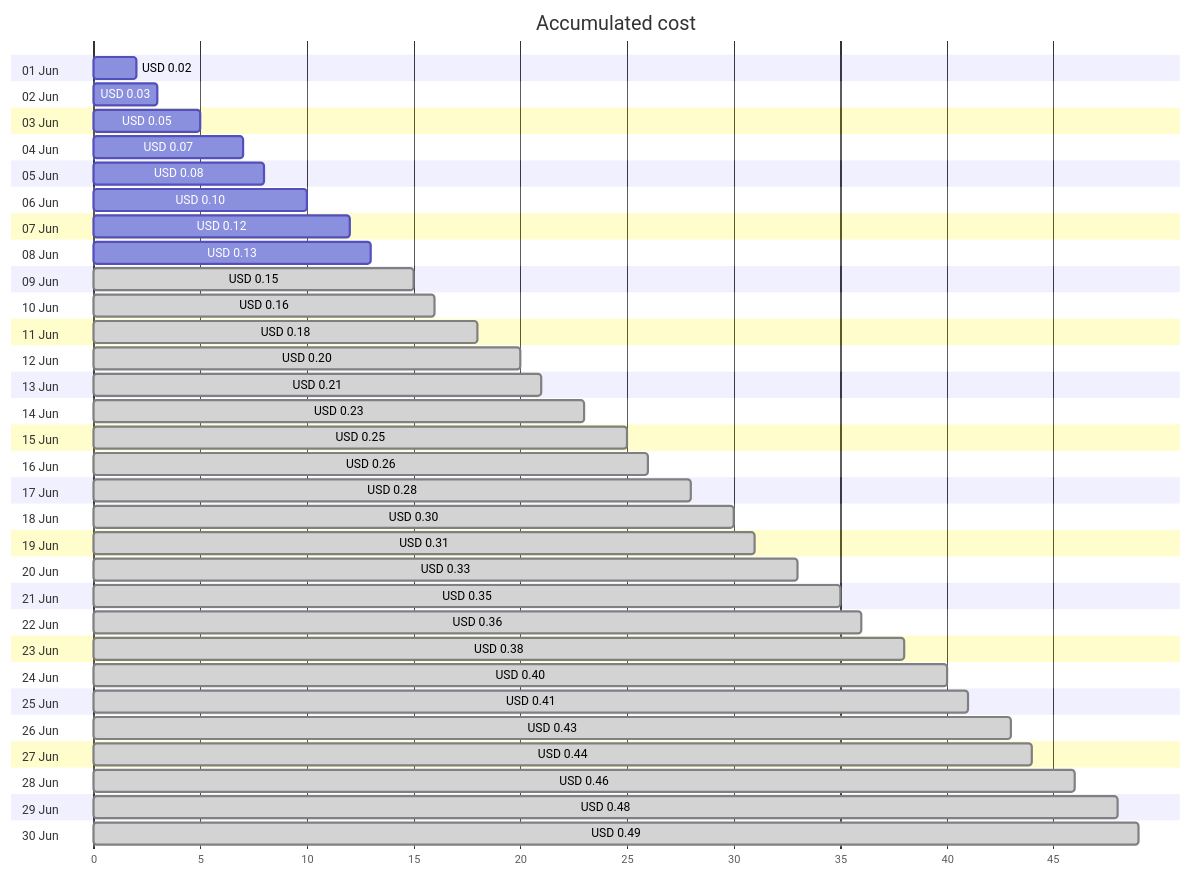
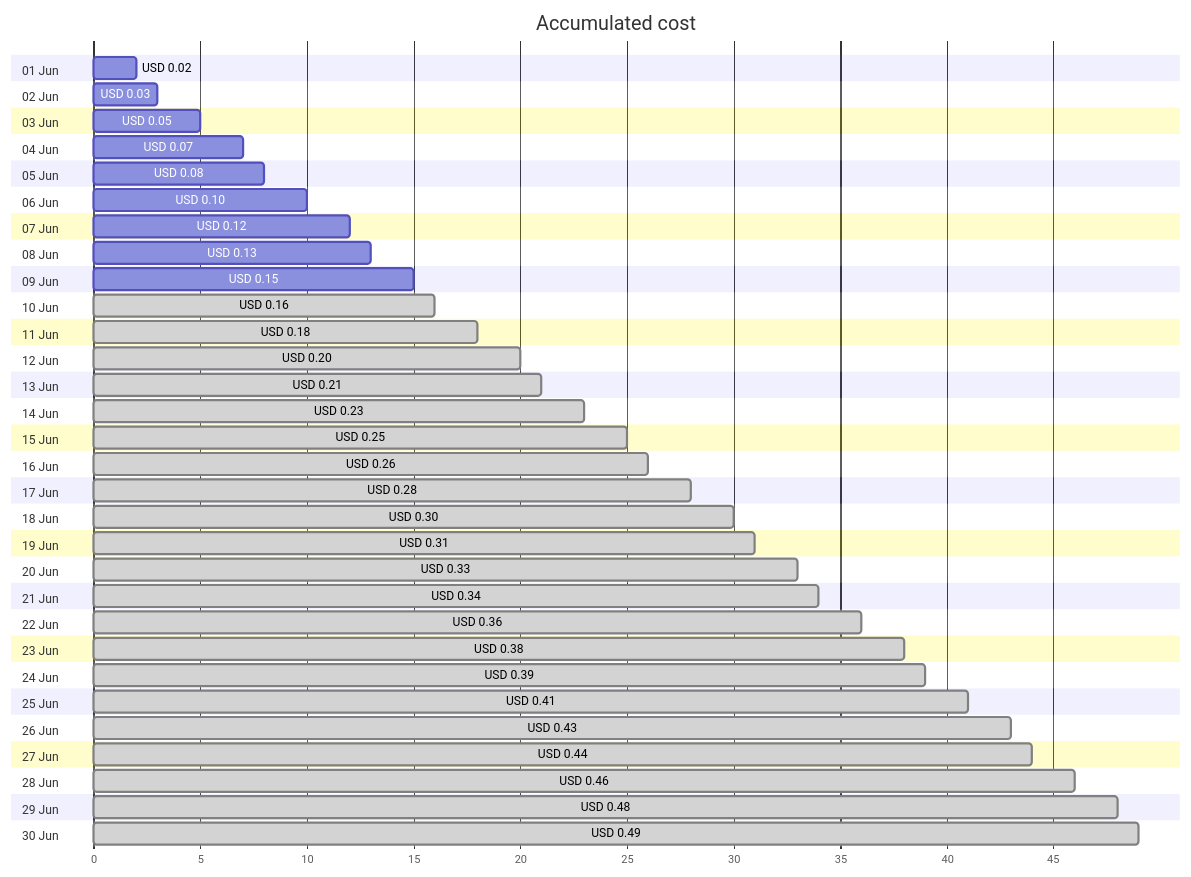
One commit to jpfulton/azure-personal-reports changed the first of 4 diagrams in cost-reports/personal-dns/jpatrickfulton.dev.md. Above: the diagram before and after it, drawn with Mermaid. The commit also changed other lines of this file and 2 other files, not shown here.

````diff
--- a/cost-reports/personal-dns/jpatrickfulton.dev.md
+++ b/cost-reports/personal-dns/jpatrickfulton.dev.md
@@ -20,66 +20,66 @@
 ```mermaid
 gantt
    title Accumulated cost
    dateFormat  X
    axisFormat %s
    section 01 Jun
    USD 0.02 :0, 2
    section 02 Jun
    USD 0.03 :0, 3
    section 03 Jun
    USD 0.05 :0, 5
    section 04 Jun
    USD 0.07 :0, 7
    section 05 Jun
    USD 0.08 :0, 8
    section 06 Jun
    USD 0.10 :0, 10
    section 07 Jun
    USD 0.12 :0, 12
    section 08 Jun
    USD 0.13 :0, 13
    section 09 Jun
-   USD 0.15 : done, 0, 15
+   USD 0.15 :0, 15
    section 10 Jun
    USD 0.16 : done, 0, 16
    section 11 Jun
    USD 0.18 : done, 0, 18
    section 12 Jun
    USD 0.20 : done, 0, 20
    section 13 Jun
    USD 0.21 : done, 0, 21
    section 14 Jun
    USD 0.23 : done, 0, 23
    section 15 Jun
    USD 0.25 : done, 0, 25
    section 16 Jun
    USD 0.26 : done, 0, 26
    section 17 Jun
    USD 0.28 : done, 0, 28
    section 18 Jun
    USD 0.30 : done, 0, 30
    section 19 Jun
    USD 0.31 : done, 0, 31
    section 20 Jun
    USD 0.33 : done, 0, 33
    section 21 Jun
-   USD 0.35 : done, 0, 35
+   USD 0.34 : done, 0, 34
    section 22 Jun
    USD 0.36 : done, 0, 36
    section 23 Jun
    USD 0.38 : done, 0, 38
    section 24 Jun
-   USD 0.40 : done, 0, 40
+   USD 0.39 : done, 0, 39
    section 25 Jun
    USD 0.41 : done, 0, 41
    section 26 Jun
    USD 0.43 : done, 0, 43
    section 27 Jun
    USD 0.44 : done, 0, 44
    section 28 Jun
    USD 0.46 : done, 0, 46
    section 29 Jun
    USD 0.48 : done, 0, 48
    section 30 Jun
    USD 0.49 : done, 0, 49
 ```
````
